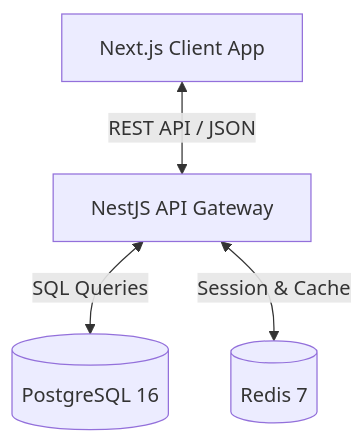
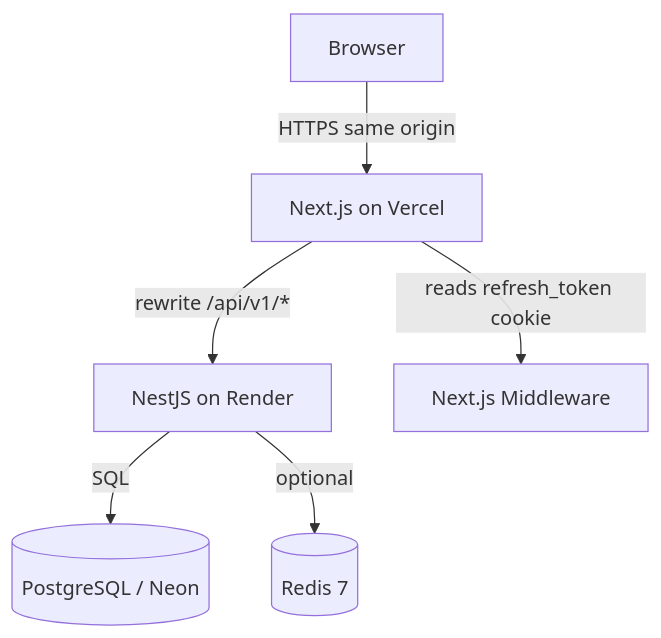
Before and after one commit to The-BlackShadoww/PF: the first of 2 diagrams in ARCHITECTURE.md, drawn with Mermaid. The commit also changed other lines of this file and 1 other file, not shown here.

Commit message:
docs: update architecture and wiki documentation to reflect current system design, including detailed descriptions of frontend and backend components, authentication features, and data management practices

````diff
--- a/ARCHITECTURE.md
+++ b/ARCHITECTURE.md
@@ -8,6 +11,8 @@
 ```mermaid
 graph TD
-    Client[Next.js Client App] <-->|REST API / JSON| API[NestJS API Gateway]
-    API <-->|SQL Queries| DB[(PostgreSQL 16)]
-    API <-->|Session & Cache| Redis[(Redis 7)]
+    Browser[Browser] -->|HTTPS same origin| Vercel[Next.js on Vercel]
+    Vercel -->|rewrite /api/v1/*| Render[NestJS on Render]
+    Render -->|SQL| Neon[(PostgreSQL / Neon)]
+    Render -->|optional| Redis[(Redis 7)]
+    Vercel -->|reads refresh_token cookie| Middleware[Next.js Middleware]
 ```
````
